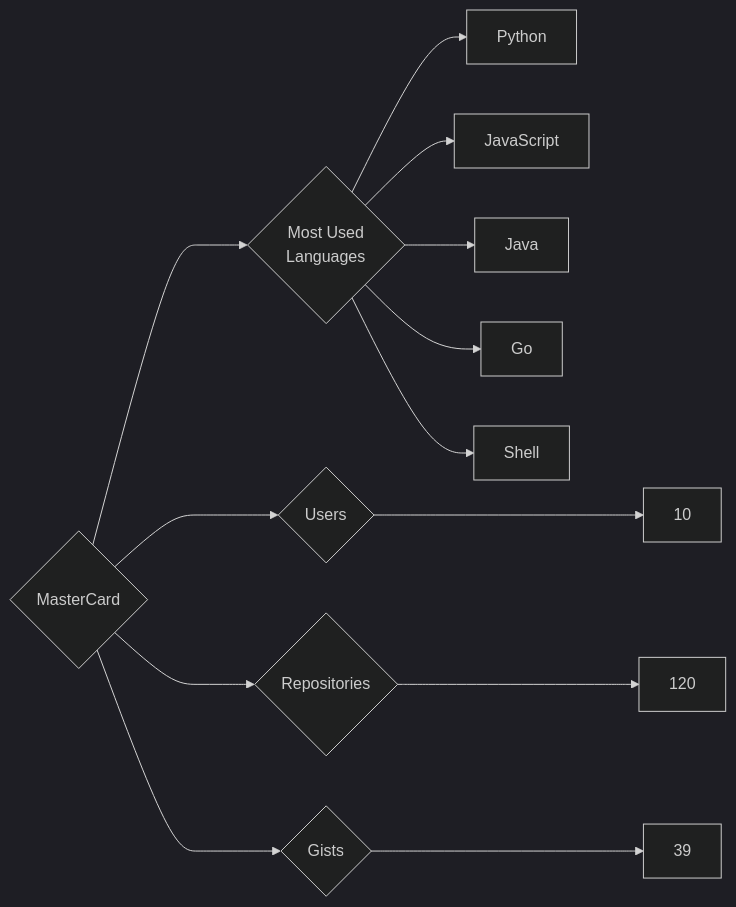
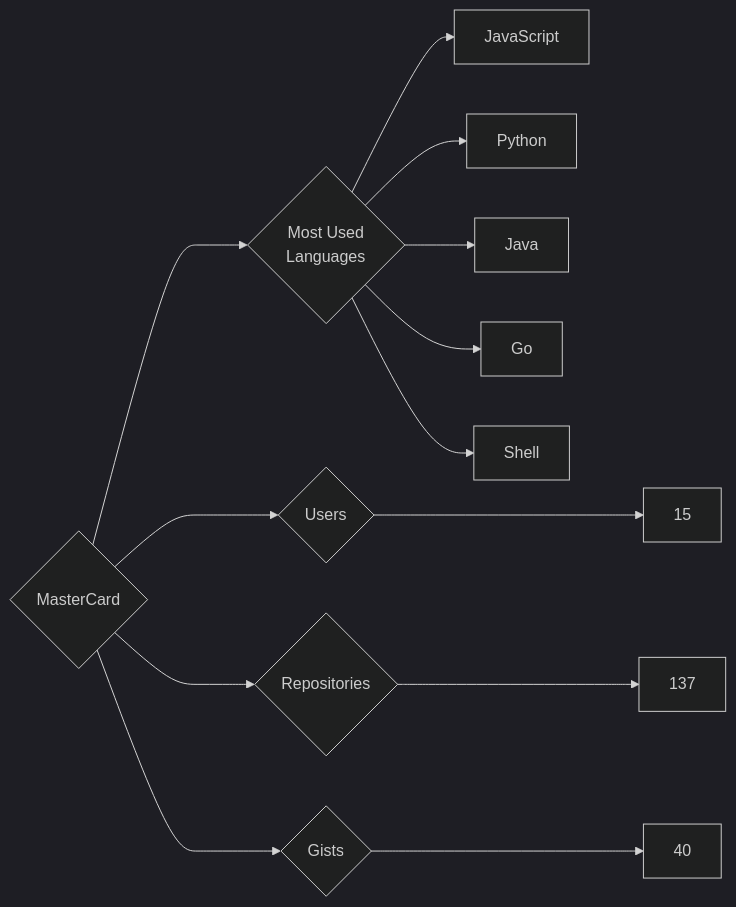
Before and after one commit to trickest/insiders: the diagram in targets/MasterCard/README.md, drawn with Mermaid (dark theme). The commit also changed 1696 other files, not shown here.

````diff
--- a/targets/MasterCard/README.md
+++ b/targets/MasterCard/README.md
@@ -3,13 +3,13 @@
 ```mermaid
 graph LR
 COMPANY_NAME{MasterCard}
-COMPANY_NAME ---> U{Users} ---> UN[10]
-COMPANY_NAME ---> R{Repositories} ---> RN[120]
-COMPANY_NAME ---> G{Gists} ---> GN[39]
+COMPANY_NAME ---> U{Users} ---> UN[15]
+COMPANY_NAME ---> R{Repositories} ---> RN[137]
+COMPANY_NAME ---> G{Gists} ---> GN[40]
 COMPANY_NAME ---> ML{Most Used<br>Languages}
+ML --> JavaScript[JavaScript]
 ML --> Python[Python]
-ML --> JavaScript[JavaScript]
 ML --> Java[Java]
 ML --> Go[Go]
 ML --> Shell[Shell]
 ```
````
